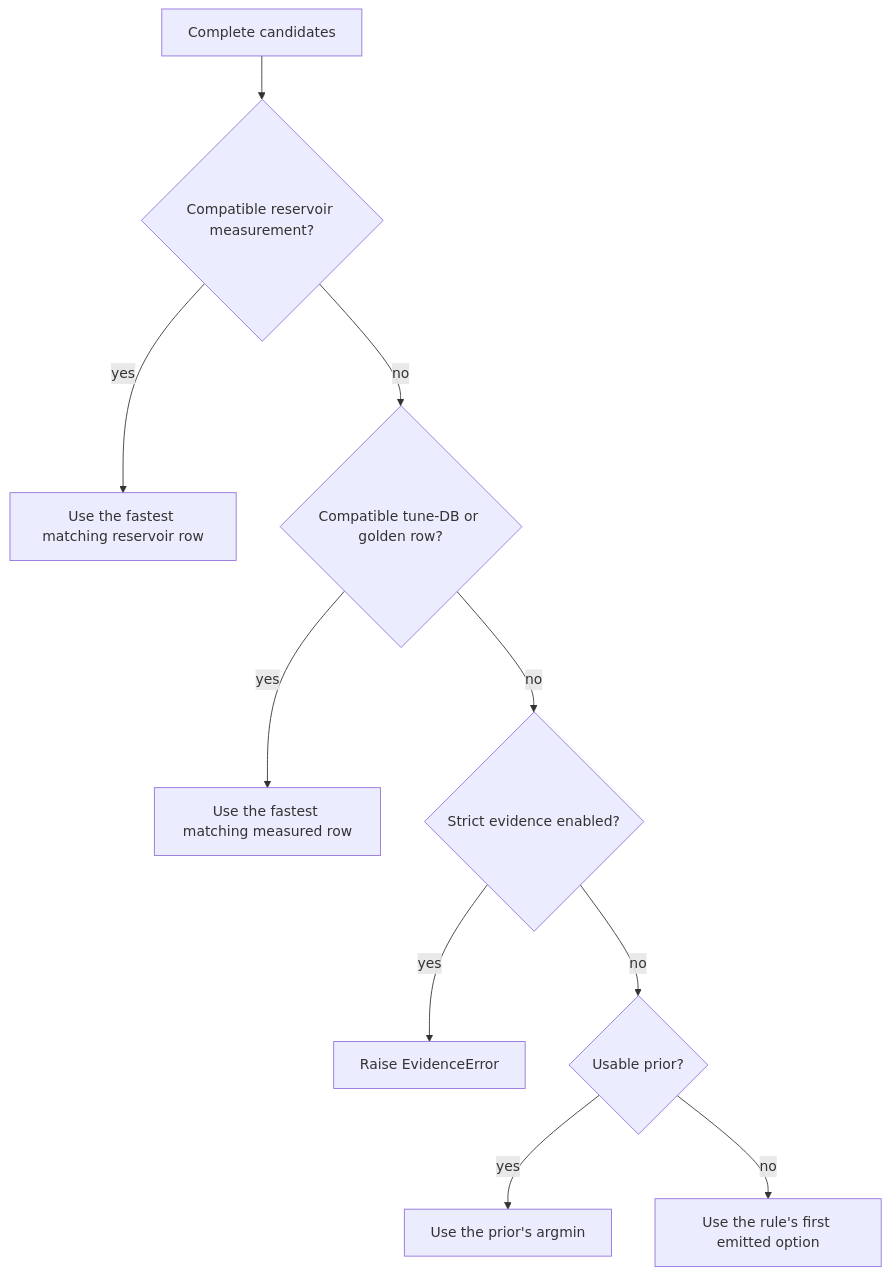
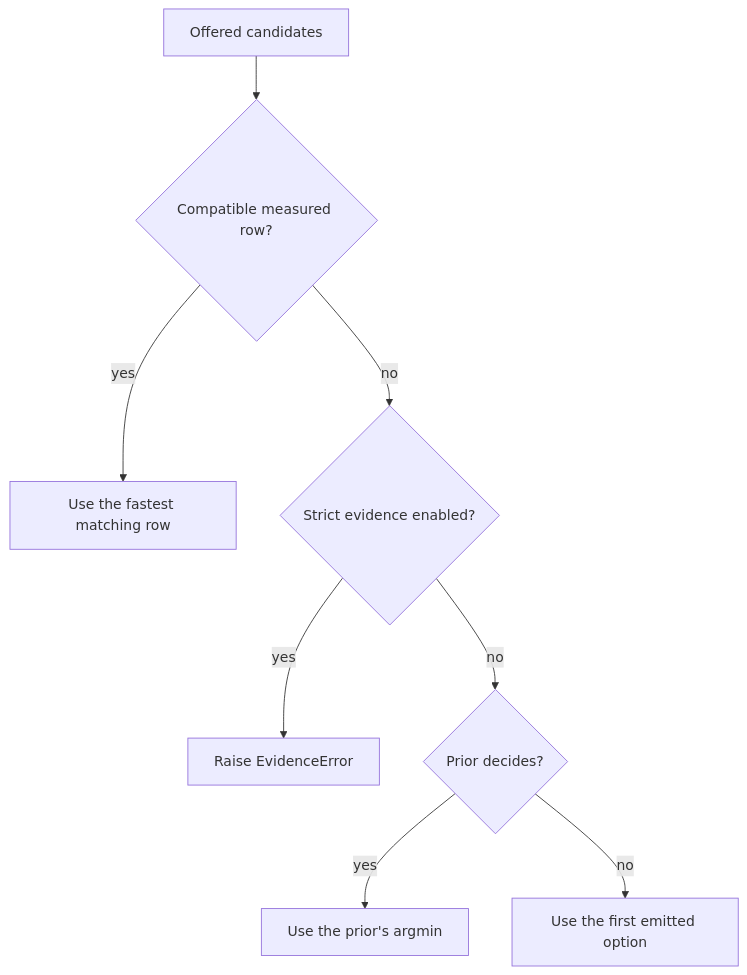
Before and after one commit to cloudrift-ai/emmy: the diagram in docs/docs/course/prior_and_goldens.mdx, drawn with Mermaid. The commit also changed other lines of this file and 5 other files, not shown here.

````diff
--- a/docs/docs/course/prior_and_goldens.mdx
+++ b/docs/docs/course/prior_and_goldens.mdx
@@ -87,12 +77,10 @@
 ```mermaid
 flowchart TB
-    Start[Complete candidates] --> R{Compatible reservoir measurement?}
-    R -->|yes| PickR[Use the fastest matching reservoir row]
-    R -->|no| Index{Compatible tune-DB or golden row?}
-    Index -->|yes| PickM[Use the fastest matching measured row]
+    Start[Offered candidates] --> Index{Compatible measured row?}
+    Index -->|yes| PickM[Use the fastest matching row]
     Index -->|no| Strict{Strict evidence enabled?}
     Strict -->|yes| Error[Raise EvidenceError]
-    Strict -->|no| P{Usable prior?}
+    Strict -->|no| P{Prior decides?}
     P -->|yes| PickP[Use the prior's argmin]
-    P -->|no| First[Use the rule's first emitted option]
+    P -->|no| First[Use the first emitted option]
 ```
````
